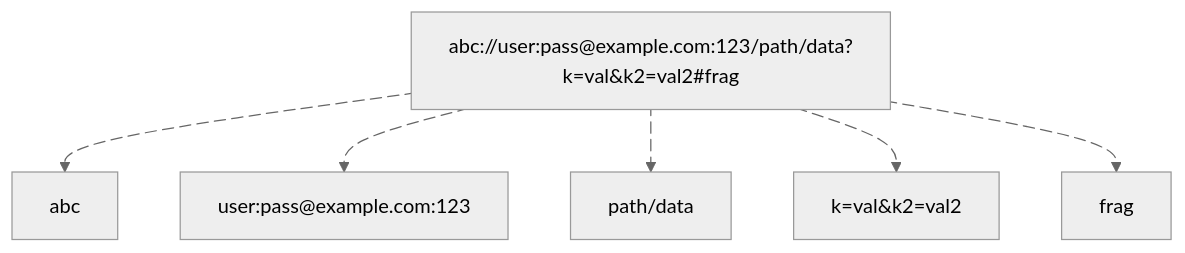
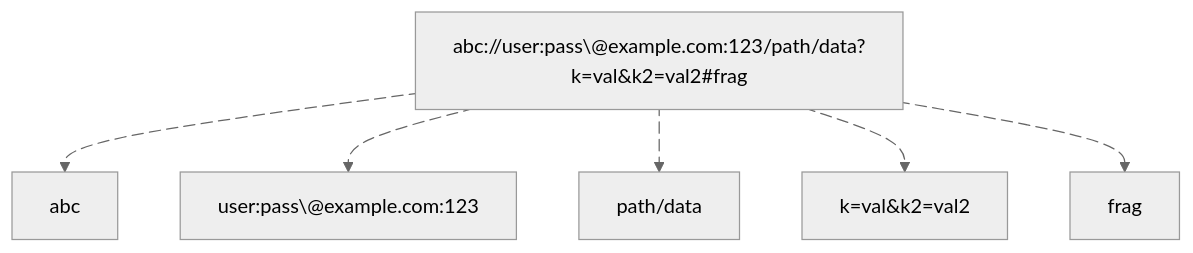
Before and after one commit to boson-php/docs: the diagram in 07.components/uri.md, drawn with Mermaid (neutral theme).

Commit message:
Fix mermaid diagram

````diff
--- a/07.components/uri.md
+++ b/07.components/uri.md
@@ -27,21 +27,21 @@
 ```mermaid
-flowchart
+    flowchart
     Uri e1@--> Scheme
     Uri e2@--> Authority
     Uri e3@--> Path
     Uri e4@--> Query
     Uri e5@--> Fragment
 
     e1@{ animation: fast }
     e2@{ animation: fast }
     e3@{ animation: fast }
     e4@{ animation: fast }
     e5@{ animation: fast }
 
-    Uri["abc://user:pass@example.com:123/path/data?k=val&k2=val2#frag"]
+    Uri["abc://user:pass\@example.com:123/path/data?k=val&k2=val2#frag"]
     Scheme["abc"]
-    Authority["user:pass@example.com:123"]
+    Authority["user:pass\@example.com:123"]
     Path["path/data"]
     Query["k=val&k2=val2"]
     Fragment["frag"]
 ```
````
